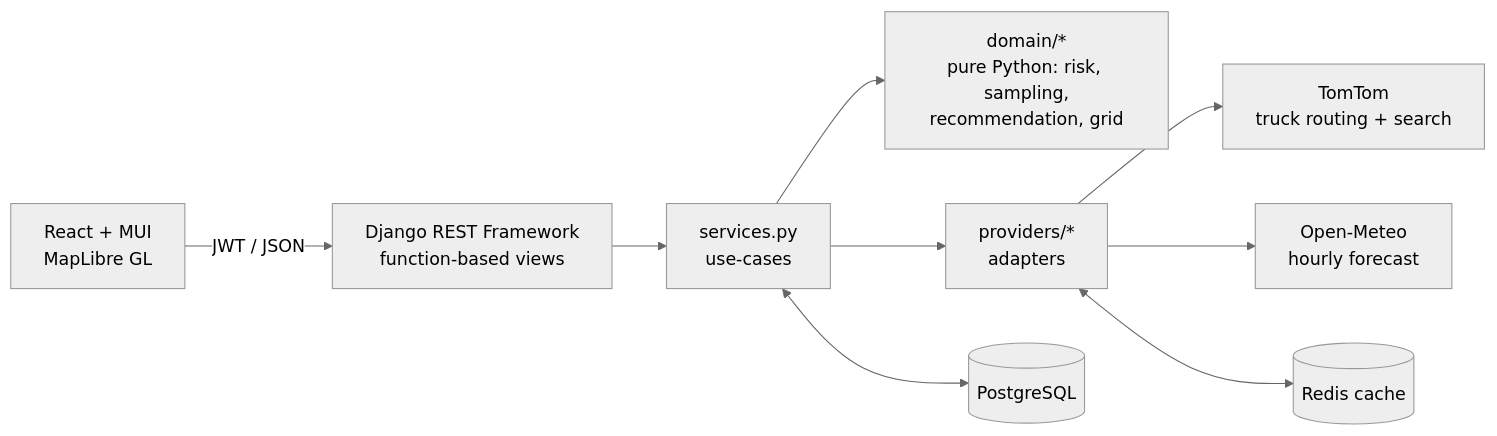
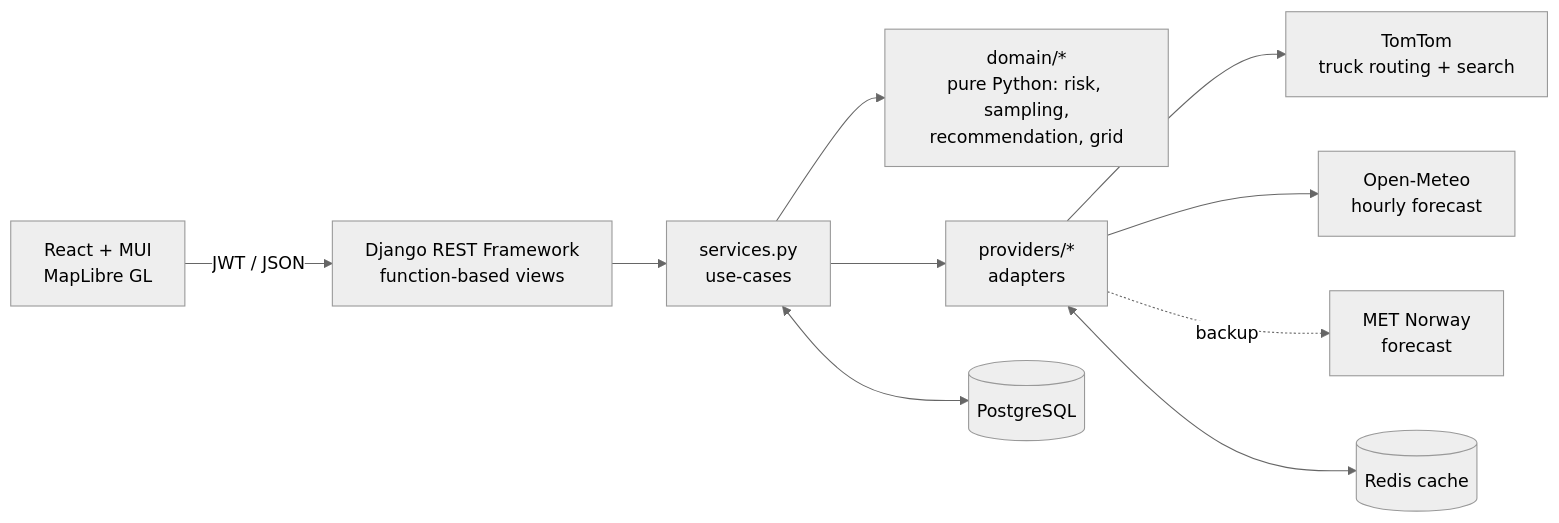
The diagram in README.md (emmettfrankenstein/trucker), drawn with Mermaid (neutral theme) before and after one commit. The commit also changed other lines of this file and 9 other files, not shown here.

First line of the commit message:
Fall back to MET Norway when Open-Meteo's free quota runs out

````diff
--- a/README.md
+++ b/README.md
@@ -19,11 +19,12 @@
 ```mermaid
 flowchart LR
   UI[React + MUI<br/>MapLibre GL] -- JWT / JSON --> API[Django REST Framework<br/>function-based views]
   API --> S[services.py<br/>use-cases]
   S --> D[domain/*<br/>pure Python: risk, sampling,<br/>recommendation, grid]
   S --> P[providers/*<br/>adapters]
   P --> TT[TomTom<br/>truck routing + search]
   P --> OM[Open-Meteo<br/>hourly forecast]
+  P -. backup .-> MET[MET Norway<br/>forecast]
   P <--> R[(Redis cache)]
   S <--> DB[(PostgreSQL)]
 ```
````
